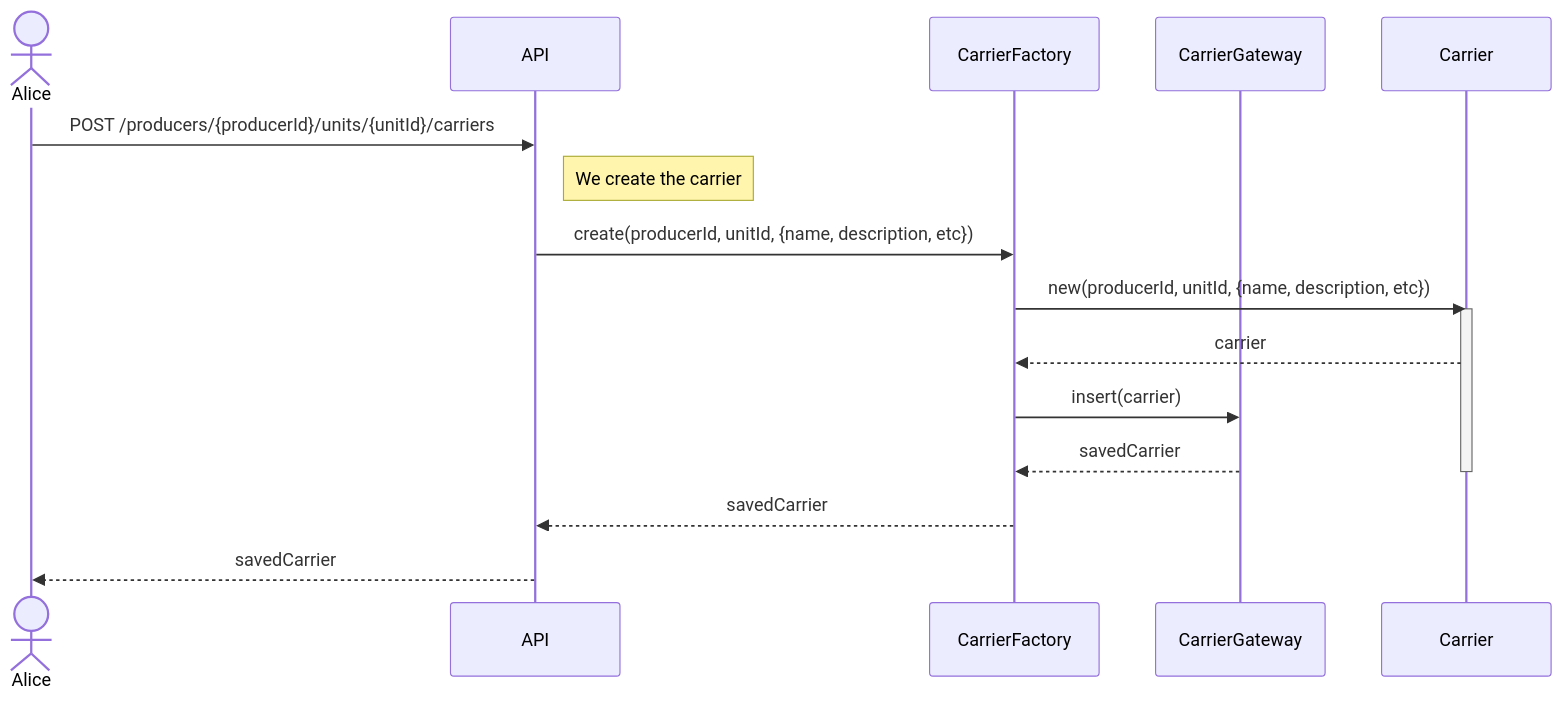
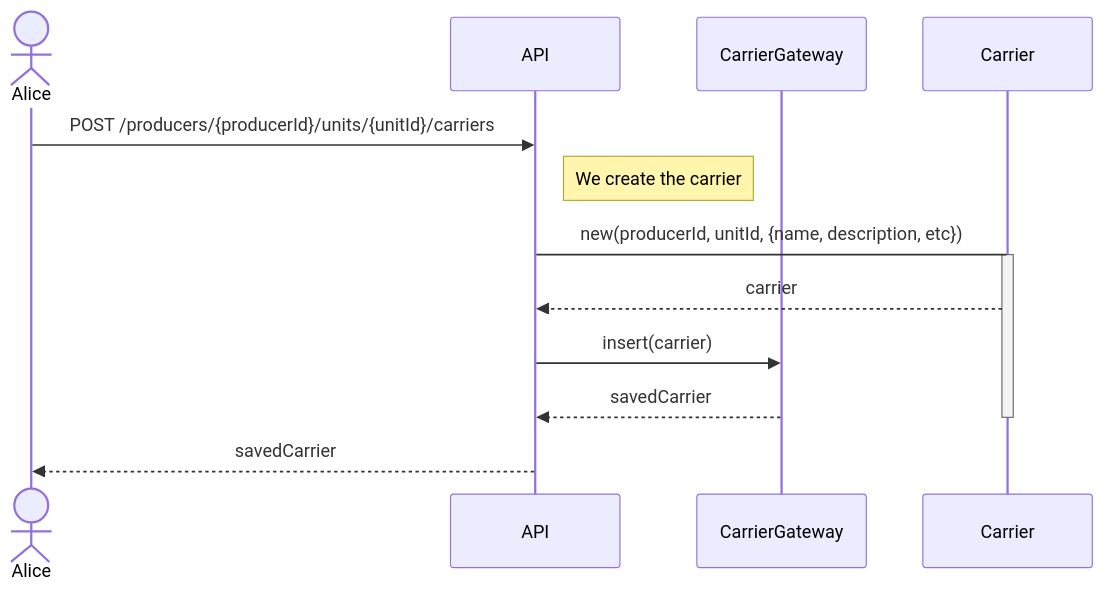
One commit to hivetown/planning changed diagram 28 of 32 in sequence.md. Above: the diagram before and after it, drawn with Mermaid. The commit also changed other lines of this file, not shown here.

````diff
--- a/sequence.md
+++ b/sequence.md
@@ -1007,23 +980,20 @@
 ```mermaid
 sequenceDiagram
     actor A as Alice
     participant API as API
-    participant CF as CarrierFactory
     participant CG as CarrierGateway
     participant C as Carrier
 
     A ->> API: POST /producers/{producerId}/units/{unitId}/carriers
 
     Note right of API: We create the carrier
-    API ->> CF: create(producerId, unitId, {name, description, etc})
-    CF ->> C: new(producerId, unitId, {name, description, etc})
+    API -> C: new(producerId, unitId, {name, description, etc})
     activate C
-    C -->> CF: carrier
+    C -->> API: carrier
 
-    CF ->> CG: insert(carrier)
-    CG -->> CF: savedCarrier
+    API ->> CG: insert(carrier)
+    CG -->> API: savedCarrier
     deactivate C
-    CF -->> API: savedCarrier
 
     API -->> A: savedCarrier
 ```
````
